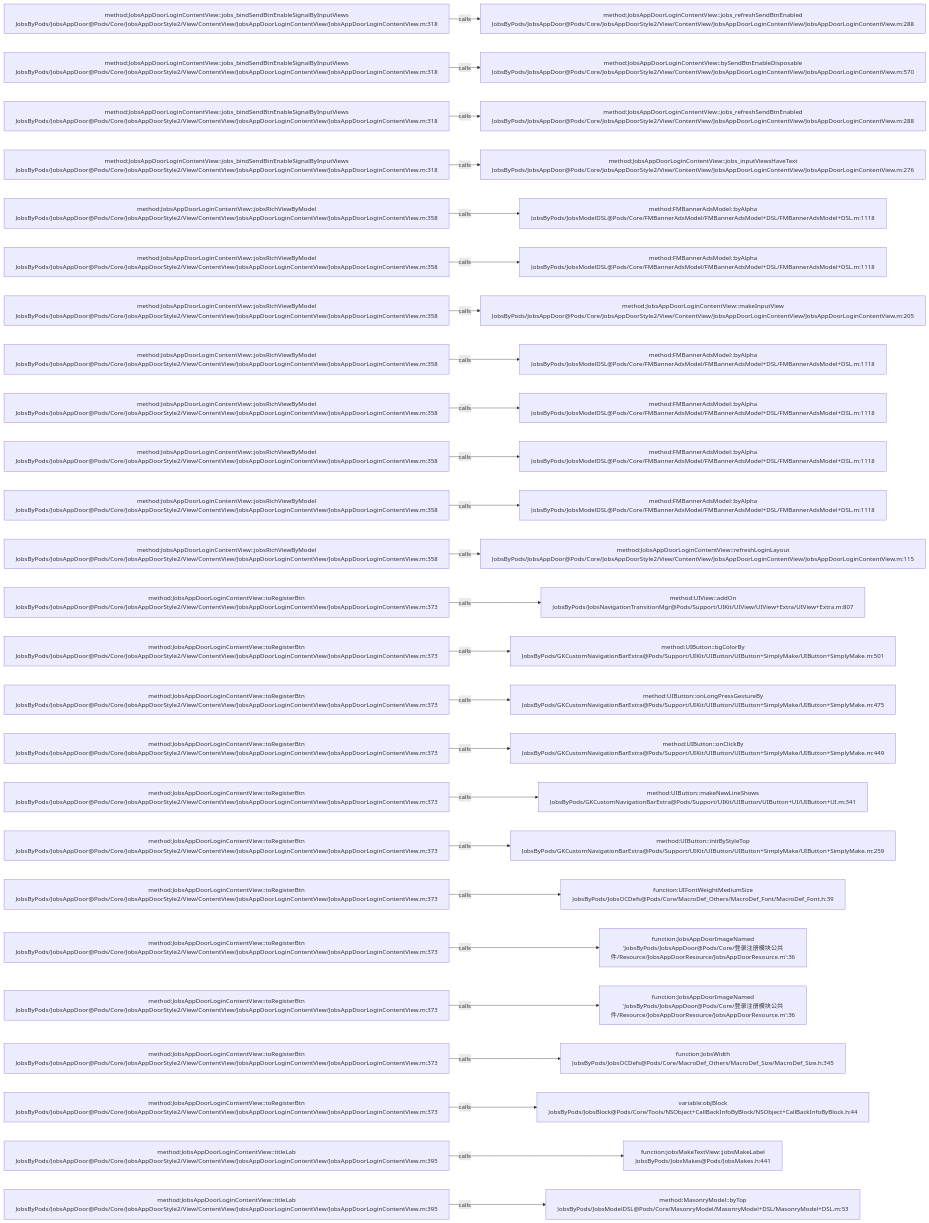
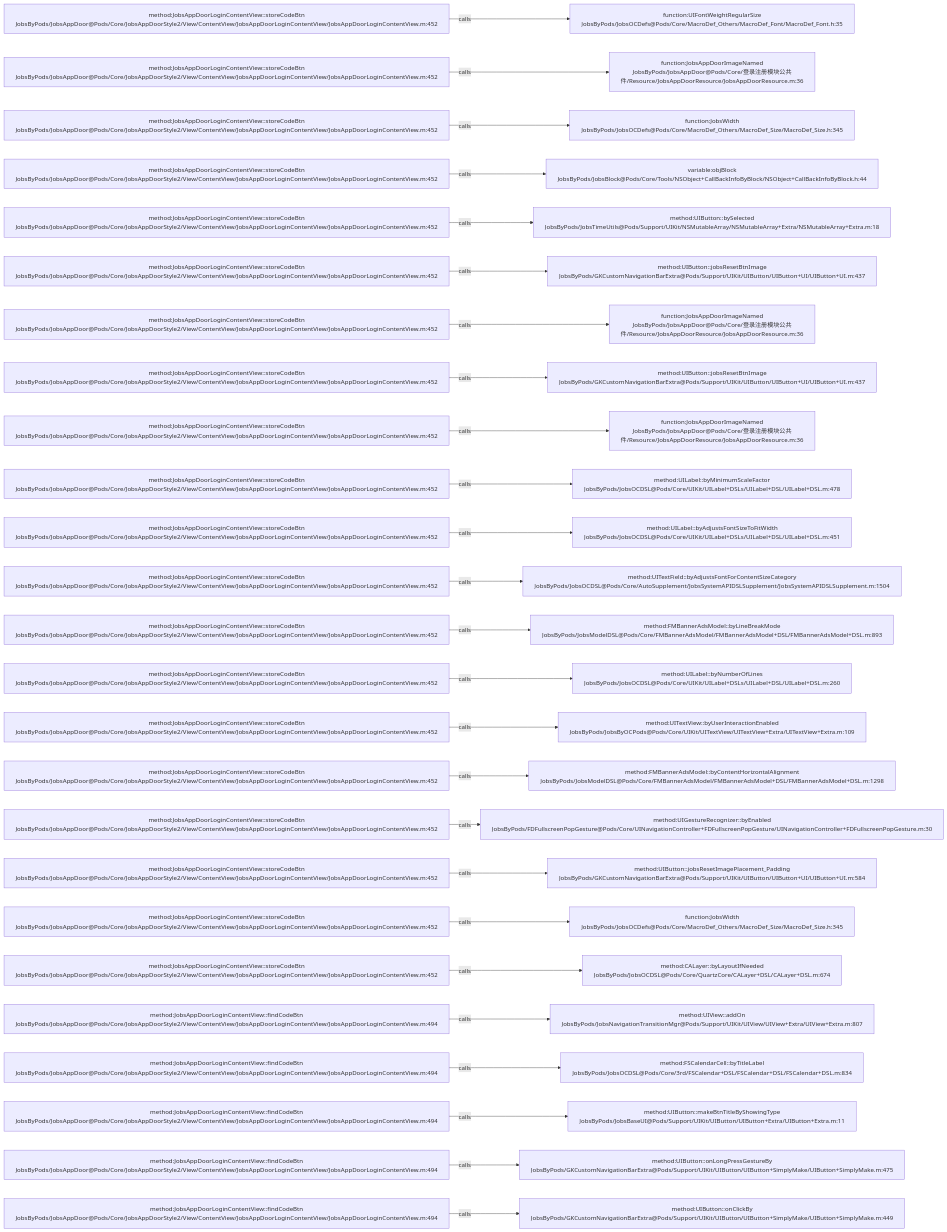
One commit to JobsKits/JobsOCBaseConfigDemo changed the diagram in .codegraph/codegraph.md/graphs/calls-123.md. Above: the diagram before and after it, drawn with Mermaid. The commit also changed 223 other files, not shown here.

````diff
--- a/.codegraph/codegraph.md/graphs/calls-123.md
+++ b/.codegraph/codegraph.md/graphs/calls-123.md
@@ -13,78 +13,78 @@
 ```mermaid
 flowchart LR
-  S1["method:JobsAppDoorLoginContentView::jobs_bindSendBtnEnableSignalByInputViews<br/>JobsByPods/JobsAppDoor@Pods/Core/JobsAppDoorStyle2/View/ContentView/JobsAppDoorLoginContentView/JobsAppDoorLoginContentView.m:318"]
-  T1["method:JobsAppDoorLoginContentView::jobs_refreshSendBtnEnabled<br/>JobsByPods/JobsAppDoor@Pods/Core/JobsAppDoorStyle2/View/ContentView/JobsAppDoorLoginContentView/JobsAppDoorLoginContentView.m:288"]
+  S1["method:JobsAppDoorLoginContentView::storeCodeBtn<br/>JobsByPods/JobsAppDoor@Pods/Core/JobsAppDoorStyle2/View/ContentView/JobsAppDoorLoginContentView/JobsAppDoorLoginContentView.m:452"]
+  T1["function:UIFontWeightRegularSize<br/>JobsByPods/JobsOCDefs@Pods/Core/MacroDef_Others/MacroDef_Font/MacroDef_Font.h:35"]
   S1 -->|calls| T1
-  S2["method:JobsAppDoorLoginContentView::jobs_bindSendBtnEnableSignalByInputViews<br/>JobsByPods/JobsAppDoor@Pods/Core/JobsAppDoorStyle2/View/ContentView/JobsAppDoorLoginContentView/JobsAppDoorLoginContentView.m:318"]
-  T2["method:JobsAppDoorLoginContentView::bySendBtnEnableDisposable<br/>JobsByPods/JobsAppDoor@Pods/Core/JobsAppDoorStyle2/View/ContentView/JobsAppDoorLoginContentView/JobsAppDoorLoginContentView.m:570"]
+  S2["method:JobsAppDoorLoginContentView::storeCodeBtn<br/>JobsByPods/JobsAppDoor@Pods/Core/JobsAppDoorStyle2/View/ContentView/JobsAppDoorLoginContentView/JobsAppDoorLoginContentView.m:452"]
+  T2["function:JobsAppDoorImageNamed<br/>JobsByPods/JobsAppDoor@Pods/Core/登录注册模块公共件/Resource/JobsAppDoorResource/JobsAppDoorResource.m:36"]
   S2 -->|calls| T2
-  S3["method:JobsAppDoorLoginContentView::jobs_bindSendBtnEnableSignalByInputViews<br/>JobsByPods/JobsAppDoor@Pods/Core/JobsAppDoorStyle2/View/ContentView/JobsAppDoorLoginContentView/JobsAppDoorLoginContentView.m:318"]
-  T3["method:JobsAppDoorLoginContentView::jobs_refreshSendBtnEnabled<br/>JobsByPods/JobsAppDoor@Pods/Core/JobsAppDoorStyle2/View/ContentView/JobsAppDoorLoginContentView/JobsAppDoorLoginContentView.m:288"]
+  S3["method:JobsAppDoorLoginContentView::storeCodeBtn<br/>JobsByPods/JobsAppDoor@Pods/Core/JobsAppDoorStyle2/View/ContentView/JobsAppDoorLoginContentView/JobsAppDoorLoginContentView.m:452"]
+  T3["function:JobsWidth<br/>JobsByPods/JobsOCDefs@Pods/Core/MacroDef_Others/MacroDef_Size/MacroDef_Size.h:345"]
   S3 -->|calls| T3
-  S4["method:JobsAppDoorLoginContentView::jobs_bindSendBtnEnableSignalByInputViews<br/>JobsByPods/JobsAppDoor@Pods/Core/JobsAppDoorStyle2/View/ContentView/JobsAppDoorLoginContentView/JobsAppDoorLoginContentView.m:318"]
-  T4["method:JobsAppDoorLoginContentView::jobs_inputViewsHaveText<br/>JobsByPods/JobsAppDoor@Pods/Core/JobsAppDoorStyle2/View/ContentView/JobsAppDoorLoginContentView/JobsAppDoorLoginContentView.m:276"]
+  S4["method:JobsAppDoorLoginContentView::storeCodeBtn<br/>JobsByPods/JobsAppDoor@Pods/Core/JobsAppDoorStyle2/View/ContentView/JobsAppDoorLoginContentView/JobsAppDoorLoginContentView.m:452"]
+  T4["variable:objBlock<br/>JobsByPods/JobsBlock@Pods/Core/Tools/NSObject+CallBackInfoByBlock/NSObject+CallBackInfoByBlock.h:44"]
   S4 -->|calls| T4
-  S5["method:JobsAppDoorLoginContentView::jobsRichViewByModel<br/>JobsByPods/JobsAppDoor@Pods/Core/JobsAppDoorStyle2/View/ContentView/JobsAppDoorLoginContentView/JobsAppDoorLoginContentView.m:358"]
-  T5["method:FMBannerAdsModel::byAlpha<br/>JobsByPods/JobsModelDSL@Pods/Core/FMBannerAdsModel/FMBannerAdsModel+DSL/FMBannerAdsModel+DSL.m:1118"]
+  S5["method:JobsAppDoorLoginContentView::storeCodeBtn<br/>JobsByPods/JobsAppDoor@Pods/Core/JobsAppDoorStyle2/View/ContentView/JobsAppDoorLoginContentView/JobsAppDoorLoginContentView.m:452"]
+  T5["method:UIButton::bySelected<br/>JobsByPods/JobsTimeUtils@Pods/Support/UIKit/NSMutableArray/NSMutableArray+Extra/NSMutableArray+Extra.m:18"]
   S5 -->|calls| T5
-  S6["method:JobsAppDoorLoginContentView::jobsRichViewByModel<br/>JobsByPods/JobsAppDoor@Pods/Core/JobsAppDoorStyle2/View/ContentView/JobsAppDoorLoginContentView/JobsAppDoorLoginContentView.m:358"]
-  T6["method:FMBannerAdsModel::byAlpha<br/>JobsByPods/JobsModelDSL@Pods/Core/FMBannerAdsModel/FMBannerAdsModel+DSL/FMBannerAdsModel+DSL.m:1118"]
+  S6["method:JobsAppDoorLoginContentView::storeCodeBtn<br/>JobsByPods/JobsAppDoor@Pods/Core/JobsAppDoorStyle2/View/ContentView/JobsAppDoorLoginContentView/JobsAppDoorLoginContentView.m:452"]
+  T6["method:UIButton::jobsResetBtnImage<br/>JobsByPods/GKCustomNavigationBarExtra@Pods/Support/UIKit/UIButton/UIButton+UI/UIButton+UI.m:437"]
   S6 -->|calls| T6
-  S7["method:JobsAppDoorLoginContentView::jobsRichViewByModel<br/>JobsByPods/JobsAppDoor@Pods/Core/JobsAppDoorStyle2/View/ContentView/JobsAppDoorLoginContentView/JobsAppDoorLoginContentView.m:358"]
-  T7["method:JobsAppDoorLoginContentView::makeInputView<br/>JobsByPods/JobsAppDoor@Pods/Core/JobsAppDoorStyle2/View/ContentView/JobsAppDoorLoginContentView/JobsAppDoorLoginContentView.m:205"]
+  S7["method:JobsAppDoorLoginContentView::storeCodeBtn<br/>JobsByPods/JobsAppDoor@Pods/Core/JobsAppDoorStyle2/View/ContentView/JobsAppDoorLoginContentView/JobsAppDoorLoginContentView.m:452"]
+  T7["function:JobsAppDoorImageNamed<br/>JobsByPods/JobsAppDoor@Pods/Core/登录注册模块公共件/Resource/JobsAppDoorResource/JobsAppDoorResource.m:36"]
   S7 -->|calls| T7
-  S8["method:JobsAppDoorLoginContentView::jobsRichViewByModel<br/>JobsByPods/JobsAppDoor@Pods/Core/JobsAppDoorStyle2/View/ContentView/JobsAppDoorLoginContentView/JobsAppDoorLoginContentView.m:358"]
-  T8["method:FMBannerAdsModel::byAlpha<br/>JobsByPods/JobsModelDSL@Pods/Core/FMBannerAdsModel/FMBannerAdsModel+DSL/FMBannerAdsModel+DSL.m:1118"]
+  S8["method:JobsAppDoorLoginContentView::storeCodeBtn<br/>JobsByPods/JobsAppDoor@Pods/Core/JobsAppDoorStyle2/View/ContentView/JobsAppDoorLoginContentView/JobsAppDoorLoginContentView.m:452"]
+  T8["method:UIButton::jobsResetBtnImage<br/>JobsByPods/GKCustomNavigationBarExtra@Pods/Support/UIKit/UIButton/UIButton+UI/UIButton+UI.m:437"]
   S8 -->|calls| T8
-  S9["method:JobsAppDoorLoginContentView::jobsRichViewByModel<br/>JobsByPods/JobsAppDoor@Pods/Core/JobsAppDoorStyle2/View/ContentView/JobsAppDoorLoginContentView/JobsAppDoorLoginContentView.m:358"]
-  T9["method:FMBannerAdsModel::byAlpha<br/>JobsByPods/JobsModelDSL@Pods/Core/FMBannerAdsModel/FMBannerAdsModel+DSL/FMBannerAdsModel+DSL.m:1118"]
+  S9["method:JobsAppDoorLoginContentView::storeCodeBtn<br/>JobsByPods/JobsAppDoor@Pods/Core/JobsAppDoorStyle2/View/ContentView/JobsAppDoorLoginContentView/JobsAppDoorLoginContentView.m:452"]
+  T9["function:JobsAppDoorImageNamed<br/>JobsByPods/JobsAppDoor@Pods/Core/登录注册模块公共件/Resource/JobsAppDoorResource/JobsAppDoorResource.m:36"]
   S9 -->|calls| T9
-  S10["method:JobsAppDoorLoginContentView::jobsRichViewByModel<br/>JobsByPods/JobsAppDoor@Pods/Core/JobsAppDoorStyle2/View/ContentView/JobsAppDoorLoginContentView/JobsAppDoorLoginContentView.m:358"]
-  T10["method:FMBannerAdsModel::byAlpha<br/>JobsByPods/JobsModelDSL@Pods/Core/FMBannerAdsModel/FMBannerAdsModel+DSL/FMBannerAdsModel+DSL.m:1118"]
+  S10["method:JobsAppDoorLoginContentView::storeCodeBtn<br/>JobsByPods/JobsAppDoor@Pods/Core/JobsAppDoorStyle2/View/ContentView/JobsAppDoorLoginContentView/JobsAppDoorLoginContentView.m:452"]
+  T10["method:UILabel::byMinimumScaleFactor<br/>JobsByPods/JobsOCDSL@Pods/Core/UIKit/UILabel+DSLs/UILabel+DSL/UILabel+DSL.m:478"]
   S10 -->|calls| T10
-  S11["method:JobsAppDoorLoginContentView::jobsRichViewByModel<br/>JobsByPods/JobsAppDoor@Pods/Core/JobsAppDoorStyle2/View/ContentView/JobsAppDoorLoginContentView/JobsAppDoorLoginContentView.m:358"]
-  T11["method:FMBannerAdsModel::byAlpha<br/>JobsByPods/JobsModelDSL@Pods/Core/FMBannerAdsModel/FMBannerAdsModel+DSL/FMBannerAdsModel+DSL.m:1118"]
+  S11["method:JobsAppDoorLoginContentView::storeCodeBtn<br/>JobsByPods/JobsAppDoor@Pods/Core/JobsAppDoorStyle2/View/ContentView/JobsAppDoorLoginContentView/JobsAppDoorLoginContentView.m:452"]
+  T11["method:UILabel::byAdjustsFontSizeToFitWidth<br/>JobsByPods/JobsOCDSL@Pods/Core/UIKit/UILabel+DSLs/UILabel+DSL/UILabel+DSL.m:451"]
   S11 -->|calls| T11
-  S12["method:JobsAppDoorLoginContentView::jobsRichViewByModel<br/>JobsByPods/JobsAppDoor@Pods/Core/JobsAppDoorStyle2/View/ContentView/JobsAppDoorLoginContentView/JobsAppDoorLoginContentView.m:358"]
-  T12["method:JobsAppDoorLoginContentView::refreshLoginLayout<br/>JobsByPods/JobsAppDoor@Pods/Core/JobsAppDoorStyle2/View/ContentView/JobsAppDoorLoginContentView/JobsAppDoorLoginContentView.m:115"]
+  S12["method:JobsAppDoorLoginContentView::storeCodeBtn<br/>JobsByPods/JobsAppDoor@Pods/Core/JobsAppDoorStyle2/View/ContentView/JobsAppDoorLoginContentView/JobsAppDoorLoginContentView.m:452"]
+  T12["method:UITextField::byAdjustsFontForContentSizeCategory<br/>JobsByPods/JobsOCDSL@Pods/Core/AutoSupplement/JobsSystemAPIDSLSupplement/JobsSystemAPIDSLSupplement.m:1504"]
   S12 -->|calls| T12
-  S13["method:JobsAppDoorLoginContentView::toRegisterBtn<br/>JobsByPods/JobsAppDoor@Pods/Core/JobsAppDoorStyle2/View/ContentView/JobsAppDoorLoginContentView/JobsAppDoorLoginContentView.m:373"]
-  T13["method:UIView::addOn<br/>JobsByPods/JobsNavigationTransitionMgr@Pods/Support/UIKit/UIView/UIView+Extra/UIView+Extra.m:807"]
+  S13["method:JobsAppDoorLoginContentView::storeCodeBtn<br/>JobsByPods/JobsAppDoor@Pods/Core/JobsAppDoorStyle2/View/ContentView/JobsAppDoorLoginContentView/JobsAppDoorLoginContentView.m:452"]
+  T13["method:FMBannerAdsModel::byLineBreakMode<br/>JobsByPods/JobsModelDSL@Pods/Core/FMBannerAdsModel/FMBannerAdsModel+DSL/FMBannerAdsModel+DSL.m:893"]
   S13 -->|calls| T13
-  S14["method:JobsAppDoorLoginContentView::toRegisterBtn<br/>JobsByPods/JobsAppDoor@Pods/Core/JobsAppDoorStyle2/View/ContentView/JobsAppDoorLoginContentView/JobsAppDoorLoginContentView.m:373"]
-  T14["method:UIButton::bgColorBy<br/>JobsByPods/GKCustomNavigationBarExtra@Pods/Support/UIKit/UIButton/UIButton+SimplyMake/UIButton+SimplyMake.m:501"]
+  S14["method:JobsAppDoorLoginContentView::storeCodeBtn<br/>JobsByPods/JobsAppDoor@Pods/Core/JobsAppDoorStyle2/View/ContentView/JobsAppDoorLoginContentView/JobsAppDoorLoginContentView.m:452"]
+  T14["method:UILabel::byNumberOfLines<br/>JobsByPods/JobsOCDSL@Pods/Core/UIKit/UILabel+DSLs/UILabel+DSL/UILabel+DSL.m:260"]
   S14 -->|calls| T14
-  S15["method:JobsAppDoorLoginContentView::toRegisterBtn<br/>JobsByPods/JobsAppDoor@Pods/Core/JobsAppDoorStyle2/View/ContentView/JobsAppDoorLoginContentView/JobsAppDoorLoginContentView.m:373"]
-  T15["method:UIButton::onLongPressGestureBy<br/>JobsByPods/GKCustomNavigationBarExtra@Pods/Support/UIKit/UIButton/UIButton+SimplyMake/UIButton+SimplyMake.m:475"]
+  S15["method:JobsAppDoorLoginContentView::storeCodeBtn<br/>JobsByPods/JobsAppDoor@Pods/Core/JobsAppDoorStyle2/View/ContentView/JobsAppDoorLoginContentView/JobsAppDoorLoginContentView.m:452"]
+  T15["method:UITextView::byUserInteractionEnabled<br/>JobsByPods/JobsByOCPods@Pods/Core/UIKit/UITextView/UITextView+Extra/UITextView+Extra.m:109"]
   S15 -->|calls| T15
-  S16["method:JobsAppDoorLoginContentView::toRegisterBtn<br/>JobsByPods/JobsAppDoor@Pods/Core/JobsAppDoorStyle2/View/ContentView/JobsAppDoorLoginContentView/JobsAppDoorLoginContentView.m:373"]
-  T16["method:UIButton::onClickBy<br/>JobsByPods/GKCustomNavigationBarExtra@Pods/Support/UIKit/UIButton/UIButton+SimplyMake/UIButton+SimplyMake.m:449"]
+  S16["method:JobsAppDoorLoginContentView::storeCodeBtn<br/>JobsByPods/JobsAppDoor@Pods/Core/JobsAppDoorStyle2/View/ContentView/JobsAppDoorLoginContentView/JobsAppDoorLoginContentView.m:452"]
+  T16["method:FMBannerAdsModel::byContentHorizontalAlignment<br/>JobsByPods/JobsModelDSL@Pods/Core/FMBannerAdsModel/FMBannerAdsModel+DSL/FMBannerAdsModel+DSL.m:1298"]
   S16 -->|calls| T16
-  S17["method:JobsAppDoorLoginContentView::toRegisterBtn<br/>JobsByPods/JobsAppDoor@Pods/Core/JobsAppDoorStyle2/View/ContentView/JobsAppDoorLoginContentView/JobsAppDoorLoginContentView.m:373"]
-  T17["method:UIButton::makeNewLineShows<br/>JobsByPods/GKCustomNavigationBarExtra@Pods/Support/UIKit/UIButton/UIButton+UI/UIButton+UI.m:341"]
+  S17["method:JobsAppDoorLoginContentView::storeCodeBtn<br/>JobsByPods/JobsAppDoor@Pods/Core/JobsAppDoorStyle2/View/ContentView/JobsAppDoorLoginContentView/JobsAppDoorLoginContentView.m:452"]
+  T17["method:UIGestureRecognizer::byEnabled<br/>JobsByPods/FDFullscreenPopGesture@Pods/Core/UINavigationController+FDFullscreenPopGesture/UINavigationController+FDFullscreenPopGesture.m:30"]
   S17 -->|calls| T17
-  S18["method:JobsAppDoorLoginContentView::toRegisterBtn<br/>JobsByPods/JobsAppDoor@Pods/Core/JobsAppDoorStyle2/View/ContentView/JobsAppDoorLoginContentView/JobsAppDoorLoginContentView.m:373"]
-  T18["method:UIButton::initByStyleTop<br/>JobsByPods/GKCustomNavigationBarExtra@Pods/Support/UIKit/UIButton/UIButton+SimplyMake/UIButton+SimplyMake.m:259"]
+  S18["method:JobsAppDoorLoginContentView::storeCodeBtn<br/>JobsByPods/JobsAppDoor@Pods/Core/JobsAppDoorStyle2/View/ContentView/JobsAppDoorLoginContentView/JobsAppDoorLoginContentView.m:452"]
+  T18["method:UIButton::jobsResetImagePlacement_Padding<br/>JobsByPods/GKCustomNavigationBarExtra@Pods/Support/UIKit/UIButton/UIButton+UI/UIButton+UI.m:584"]
   S18 -->|calls| T18
-  S19["method:JobsAppDoorLoginContentView::toRegisterBtn<br/>JobsByPods/JobsAppDoor@Pods/Core/JobsAppDoorStyle2/View/ContentView/JobsAppDoorLoginContentView/JobsAppDoorLoginContentView.m:373"]
-  T19["function:UIFontWeightMediumSize<br/>JobsByPods/JobsOCDefs@Pods/Core/MacroDef_Others/MacroDef_Font/MacroDef_Font.h:39"]
+  S19["method:JobsAppDoorLoginContentView::storeCodeBtn<br/>JobsByPods/JobsAppDoor@Pods/Core/JobsAppDoorStyle2/View/ContentView/JobsAppDoorLoginContentView/JobsAppDoorLoginContentView.m:452"]
+  T19["function:JobsWidth<br/>JobsByPods/JobsOCDefs@Pods/Core/MacroDef_Others/MacroDef_Size/MacroDef_Size.h:345"]
   S19 -->|calls| T19
-  S20["method:JobsAppDoorLoginContentView::toRegisterBtn<br/>JobsByPods/JobsAppDoor@Pods/Core/JobsAppDoorStyle2/View/ContentView/JobsAppDoorLoginContentView/JobsAppDoorLoginContentView.m:373"]
-  T20["function:JobsAppDoorImageNamed<br/>'JobsByPods/JobsAppDoor@Pods/Core/登录注册模块公共件/Resource/JobsAppDoorResource/JobsAppDoorResource.m':36"]
+  S20["method:JobsAppDoorLoginContentView::storeCodeBtn<br/>JobsByPods/JobsAppDoor@Pods/Core/JobsAppDoorStyle2/View/ContentView/JobsAppDoorLoginContentView/JobsAppDoorLoginContentView.m:452"]
+  T20["method:CALayer::byLayoutIfNeeded<br/>JobsByPods/JobsOCDSL@Pods/Core/QuartzCore/CALayer+DSL/CALayer+DSL.m:674"]
   S20 -->|calls| T20
-  S21["method:JobsAppDoorLoginContentView::toRegisterBtn<br/>JobsByPods/JobsAppDoor@Pods/Core/JobsAppDoorStyle2/View/ContentView/JobsAppDoorLoginContentView/JobsAppDoorLoginContentView.m:373"]
-  T21["function:JobsAppDoorImageNamed<br/>'JobsByPods/JobsAppDoor@Pods/Core/登录注册模块公共件/Resource/JobsAppDoorResource/JobsAppDoorResource.m':36"]
+  S21["method:JobsAppDoorLoginContentView::findCodeBtn<br/>JobsByPods/JobsAppDoor@Pods/Core/JobsAppDoorStyle2/View/ContentView/JobsAppDoorLoginContentView/JobsAppDoorLoginContentView.m:494"]
+  T21["method:UIView::addOn<br/>JobsByPods/JobsNavigationTransitionMgr@Pods/Support/UIKit/UIView/UIView+Extra/UIView+Extra.m:807"]
   S21 -->|calls| T21
-  S22["method:JobsAppDoorLoginContentView::toRegisterBtn<br/>JobsByPods/JobsAppDoor@Pods/Core/JobsAppDoorStyle2/View/ContentView/JobsAppDoorLoginContentView/JobsAppDoorLoginContentView.m:373"]
-  T22["function:JobsWidth<br/>JobsByPods/JobsOCDefs@Pods/Core/MacroDef_Others/MacroDef_Size/MacroDef_Size.h:345"]
+  S22["method:JobsAppDoorLoginContentView::findCodeBtn<br/>JobsByPods/JobsAppDoor@Pods/Core/JobsAppDoorStyle2/View/ContentView/JobsAppDoorLoginContentView/JobsAppDoorLoginContentView.m:494"]
+  T22["method:FSCalendarCell::byTitleLabel<br/>JobsByPods/JobsOCDSL@Pods/Core/3rd/FSCalendar+DSL/FSCalendar+DSL/FSCalendar+DSL.m:834"]
   S22 -->|calls| T22
-  S23["method:JobsAppDoorLoginContentView::toRegisterBtn<br/>JobsByPods/JobsAppDoor@Pods/Core/JobsAppDoorStyle2/View/ContentView/JobsAppDoorLoginContentView/JobsAppDoorLoginContentView.m:373"]
-  T23["variable:objBlock<br/>JobsByPods/JobsBlock@Pods/Core/Tools/NSObject+CallBackInfoByBlock/NSObject+CallBackInfoByBlock.h:44"]
+  S23["method:JobsAppDoorLoginContentView::findCodeBtn<br/>JobsByPods/JobsAppDoor@Pods/Core/JobsAppDoorStyle2/View/ContentView/JobsAppDoorLoginContentView/JobsAppDoorLoginContentView.m:494"]
+  T23["method:UIButton::makeBtnTitleByShowingType<br/>JobsByPods/JobsBaseUI@Pods/Support/UIKit/UIButton/UIButton+Extra/UIButton+Extra.m:11"]
   S23 -->|calls| T23
-  S24["method:JobsAppDoorLoginContentView::titleLab<br/>JobsByPods/JobsAppDoor@Pods/Core/JobsAppDoorStyle2/View/ContentView/JobsAppDoorLoginContentView/JobsAppDoorLoginContentView.m:395"]
-  T24["function:jobsMakeTextView::jobsMakeLabel<br/>JobsByPods/JobsMakes@Pods/JobsMakes.h:441"]
+  S24["method:JobsAppDoorLoginContentView::findCodeBtn<br/>JobsByPods/JobsAppDoor@Pods/Core/JobsAppDoorStyle2/View/ContentView/JobsAppDoorLoginContentView/JobsAppDoorLoginContentView.m:494"]
+  T24["method:UIButton::onLongPressGestureBy<br/>JobsByPods/GKCustomNavigationBarExtra@Pods/Support/UIKit/UIButton/UIButton+SimplyMake/UIButton+SimplyMake.m:475"]
   S24 -->|calls| T24
-  S25["method:JobsAppDoorLoginContentView::titleLab<br/>JobsByPods/JobsAppDoor@Pods/Core/JobsAppDoorStyle2/View/ContentView/JobsAppDoorLoginContentView/JobsAppDoorLoginContentView.m:395"]
-  T25["method:MasonryModel::byTop<br/>JobsByPods/JobsModelDSL@Pods/Core/MasonryModel/MasonryModel+DSL/MasonryModel+DSL.m:53"]
+  S25["method:JobsAppDoorLoginContentView::findCodeBtn<br/>JobsByPods/JobsAppDoor@Pods/Core/JobsAppDoorStyle2/View/ContentView/JobsAppDoorLoginContentView/JobsAppDoorLoginContentView.m:494"]
+  T25["method:UIButton::onClickBy<br/>JobsByPods/GKCustomNavigationBarExtra@Pods/Support/UIKit/UIButton/UIButton+SimplyMake/UIButton+SimplyMake.m:449"]
   S25 -->|calls| T25
 ```
````
